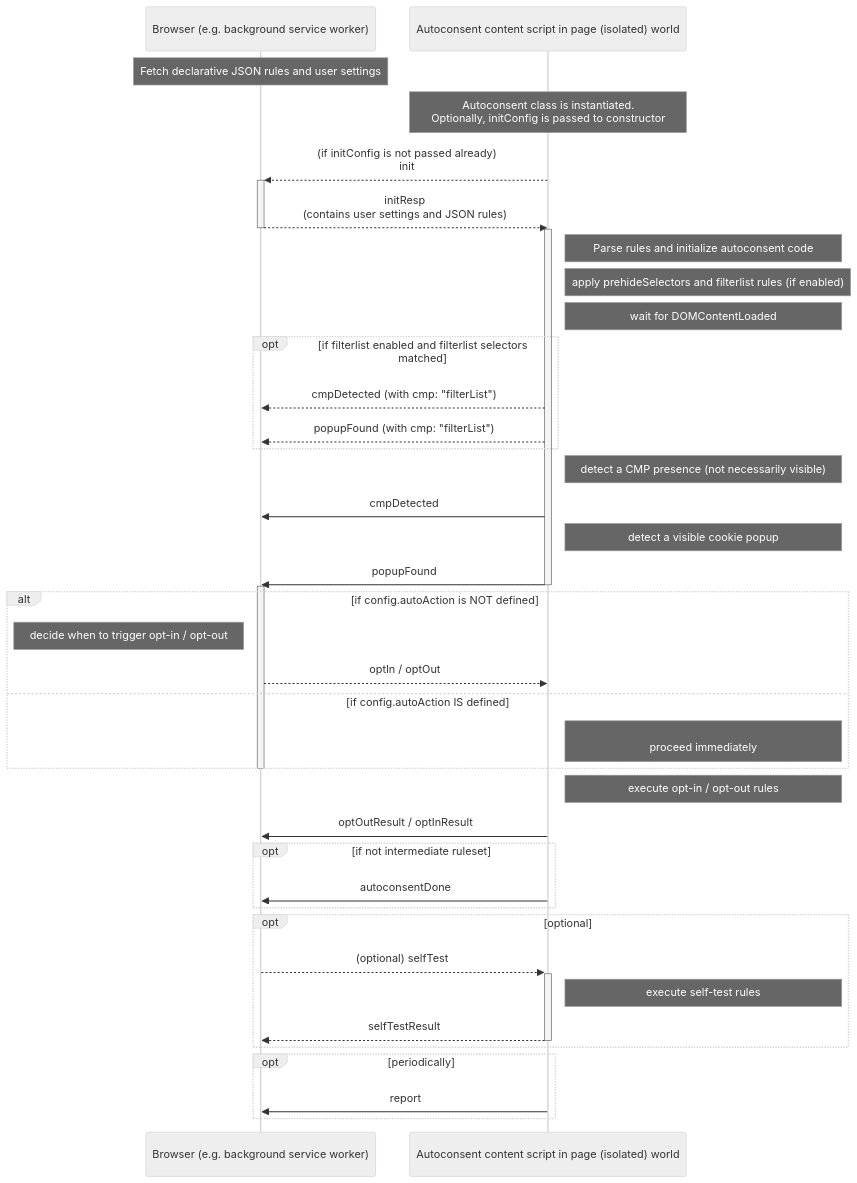
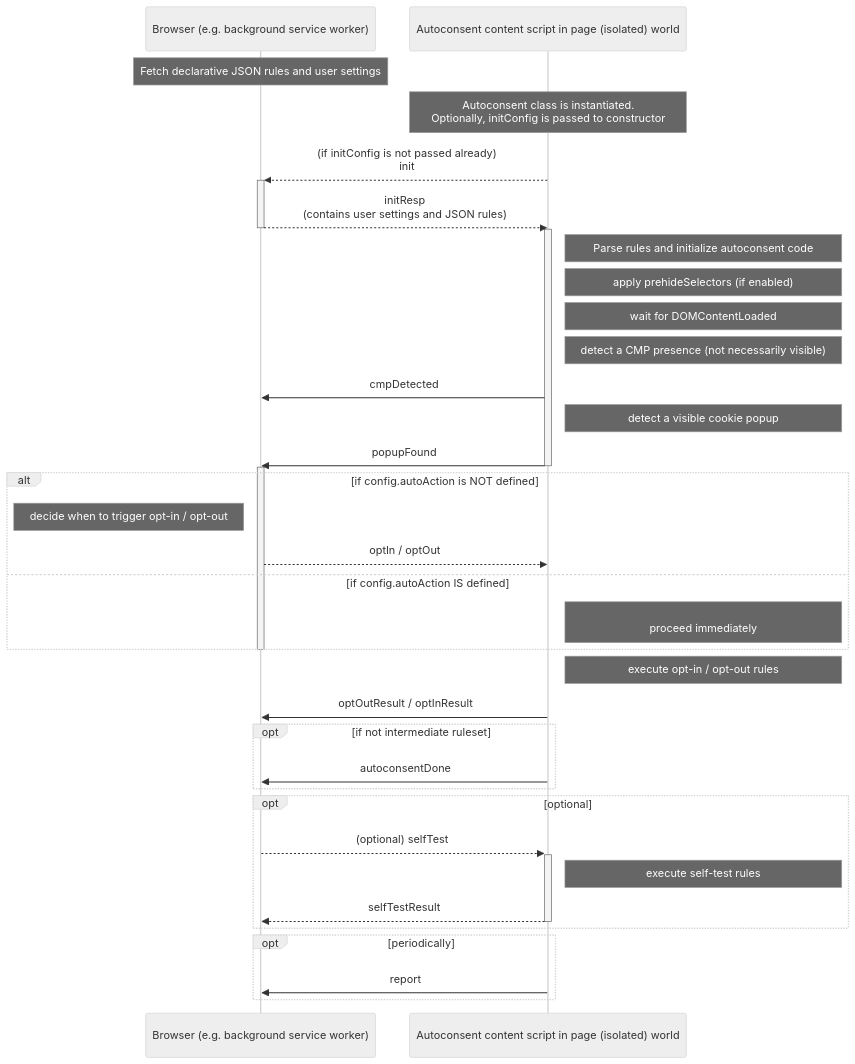
Before and after one commit to duckduckgo/autoconsent: the first of 2 diagrams in docs/api.md, drawn with Mermaid (neutral theme). The commit also changed other lines of this file and 21 other files, not shown here.

````diff
--- a/docs/api.md
+++ b/docs/api.md
@@ -48,55 +47,50 @@
 ```mermaid
 
 sequenceDiagram
     participant BG as Browser (e.g. background service worker)
     participant CS as Autoconsent content script in page (isolated) world
 
     Note over BG: Fetch declarative JSON rules and user settings
     Note over CS: Autoconsent class is instantiated.<br/>Optionally, initConfig is passed to constructor
 
     CS -->>+ BG: (if initConfig is not passed already)<br/>init
     BG -->>- CS: initResp<br/>(contains user settings and JSON rules)
 
     activate CS
     Note right of CS: Parse rules and initialize autoconsent code
-    Note right of CS: apply prehideSelectors and filterlist rules (if enabled)
+    Note right of CS: apply prehideSelectors (if enabled)
     Note right of CS: wait for DOMContentLoaded
-
-    opt if filterlist enabled and filterlist selectors matched
-        CS -->> BG: cmpDetected (with cmp: "filterList")
-        CS -->> BG: popupFound (with cmp: "filterList")
-    end
 
     Note right of CS: detect a CMP presence (not necessarily visible)
 
     CS ->> BG: cmpDetected
     Note right of CS: detect a visible cookie popup
     CS ->> BG: popupFound
     deactivate CS
     activate BG
     alt if config.autoAction is NOT defined
         Note left of BG: decide when to trigger opt-in / opt-out
         BG -->> CS: optIn / optOut
     else if config.autoAction IS defined
         Note right of CS: <br/>proceed immediately
     end
 
     deactivate BG
 
     Note right of CS: execute opt-in / opt-out rules
     CS ->> BG: optOutResult / optInResult
 
     opt if not intermediate ruleset
         CS ->> BG: autoconsentDone
     end
 
     opt optional
         BG -->>+ CS: (optional) selfTest
         Note right of CS: execute self-test rules
         CS -->>- BG: selfTestResult
     end
 
     opt periodically
         CS ->> BG: report
     end
 ```
````
